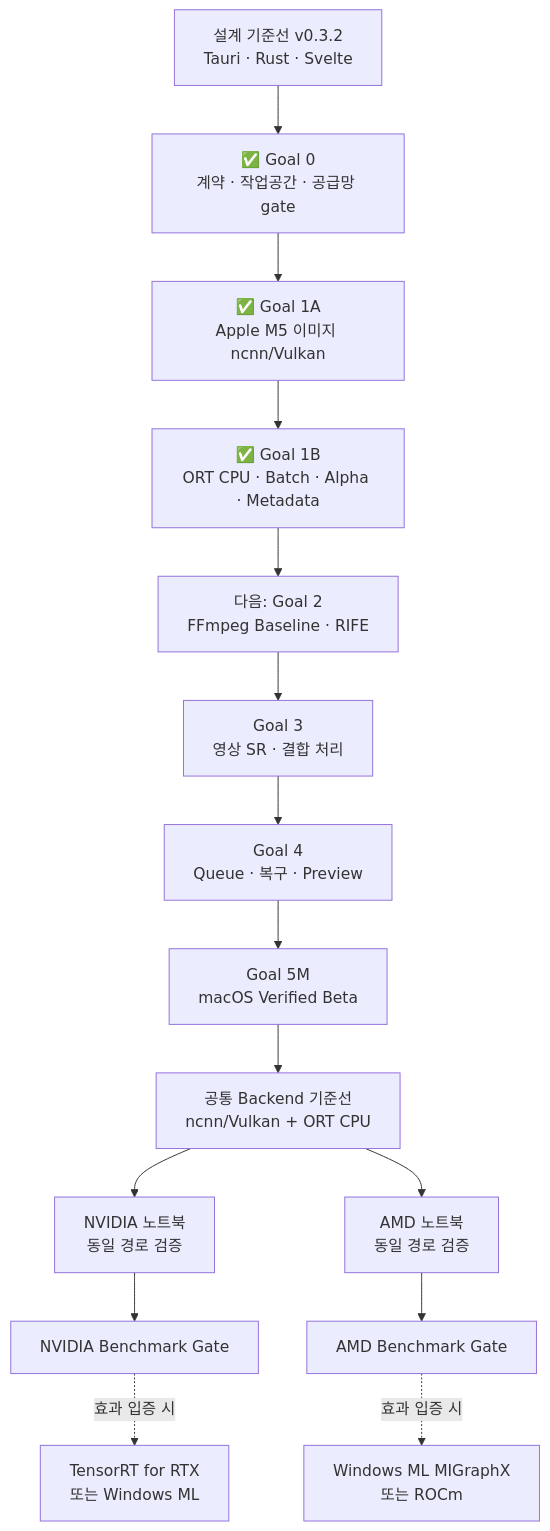
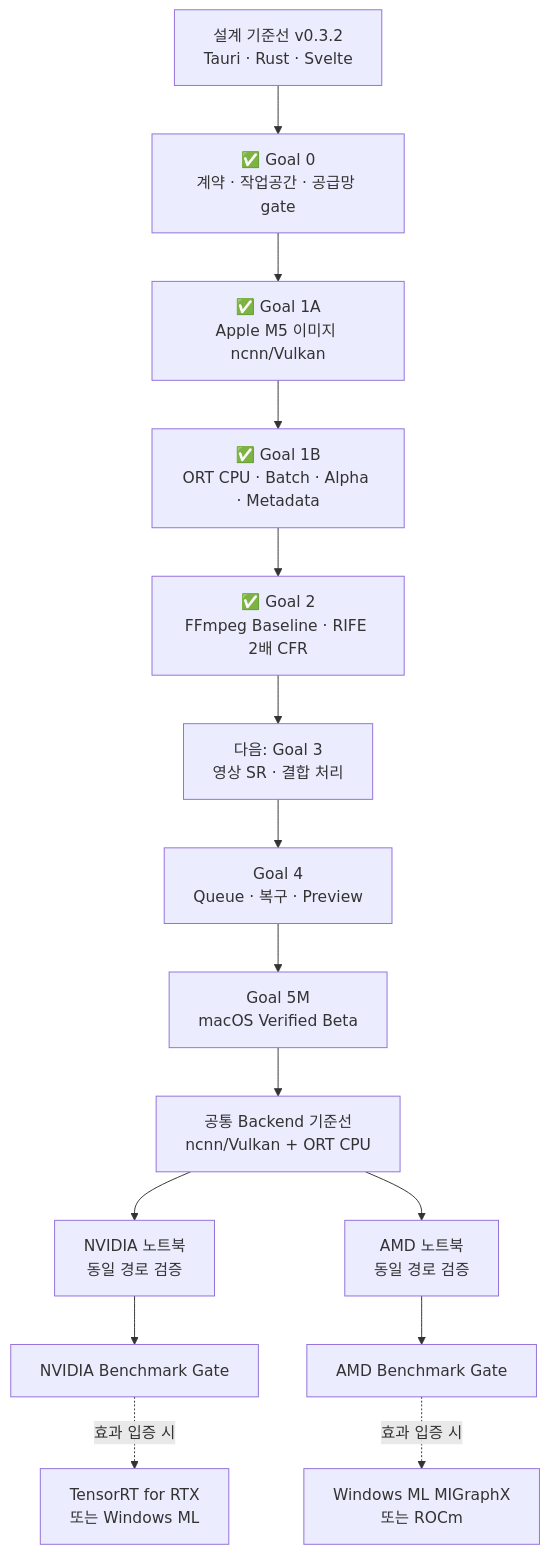
One commit to zooslab/zoos-upscale changed the ninth of 9 diagrams in ARCHITECTURE.md. Above: the diagram before and after it, drawn with Mermaid. The commit also changed other lines of this file and 1 other file, not shown here.

Commit message:
docs: Goal 2 구현 현황 반영

````diff
--- a/ARCHITECTURE.md
+++ b/ARCHITECTURE.md
@@ -476,19 +494,19 @@
 ```mermaid
 flowchart TB
     D["설계 기준선 v0.3.2<br/>Tauri · Rust · Svelte"] --> G0["✅ Goal 0<br/>계약 · 작업공간 · 공급망 gate"]
     G0 --> G1A["✅ Goal 1A<br/>Apple M5 이미지 ncnn/Vulkan"]
     G1A --> G1B["✅ Goal 1B<br/>ORT CPU · Batch · Alpha · Metadata"]
-    G1B --> G2["다음: Goal 2<br/>FFmpeg Baseline · RIFE"]
-    G2 --> G3["Goal 3<br/>영상 SR · 결합 처리"]
+    G1B --> G2["✅ Goal 2<br/>FFmpeg Baseline · RIFE 2배 CFR"]
+    G2 --> G3["다음: Goal 3<br/>영상 SR · 결합 처리"]
     G3 --> G4["Goal 4<br/>Queue · 복구 · Preview"]
     G4 --> G5M["Goal 5M<br/>macOS Verified Beta"]
 
     G5M --> BASE["공통 Backend 기준선<br/>ncnn/Vulkan + ORT CPU"]
     BASE --> NV["NVIDIA 노트북<br/>동일 경로 검증"]
     BASE --> AMD["AMD 노트북<br/>동일 경로 검증"]
 
     NV --> G6N["NVIDIA Benchmark Gate"]
     AMD --> G6A["AMD Benchmark Gate"]
     G6N -. 효과 입증 시 .-> G7N["TensorRT for RTX<br/>또는 Windows ML"]
     G6A -. 효과 입증 시 .-> G7A["Windows ML MIGraphX<br/>또는 ROCm"]
 ```
````
